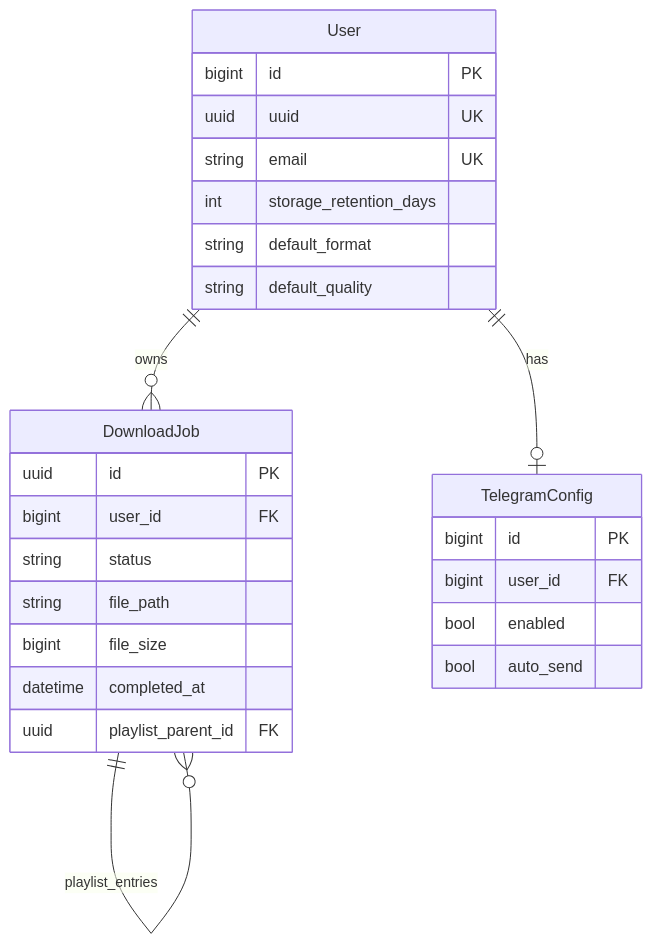
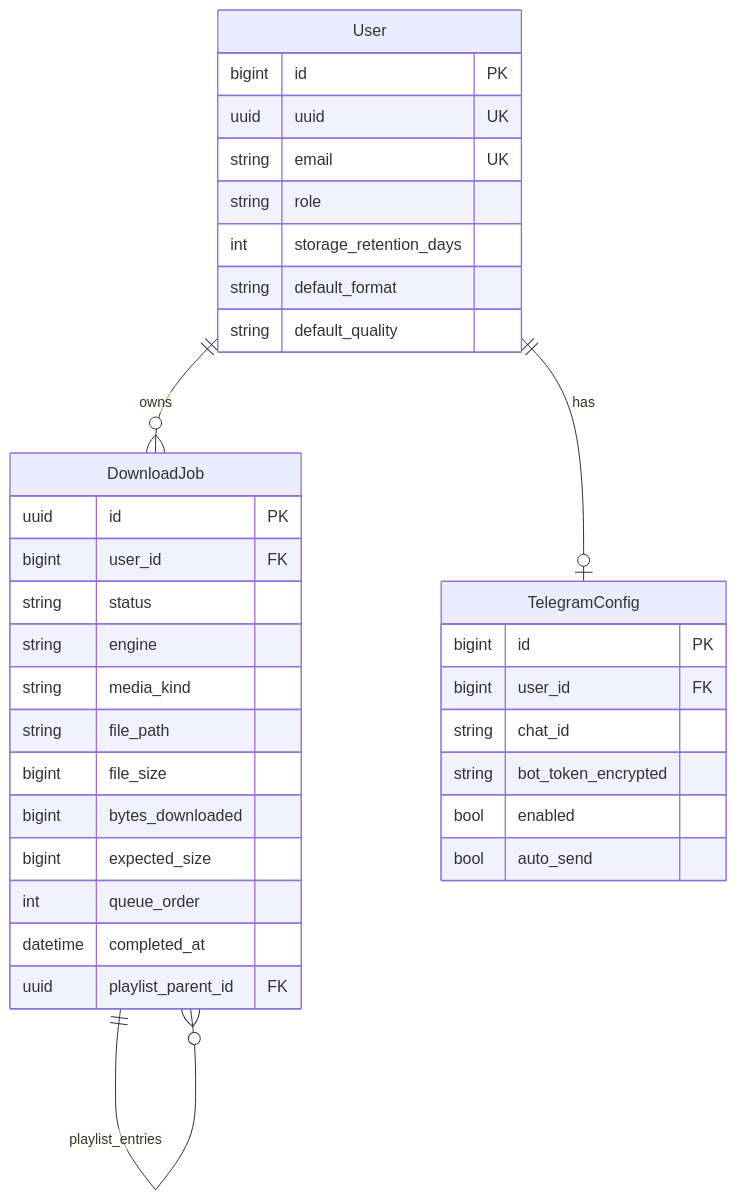
Before and after one commit to iSemary/aio-downloader: the diagram in docs/erd/README.md, drawn with Mermaid. The commit also changed other lines of this file and 69 other files, not shown here.

````diff
--- a/docs/erd/README.md
+++ b/docs/erd/README.md
@@ -5,32 +5,40 @@
 ```mermaid
 erDiagram
   User ||--o{ DownloadJob : owns
   User ||--o| TelegramConfig : has
   DownloadJob ||--o{ DownloadJob : playlist_entries
 
   User {
     bigint id PK
     uuid uuid UK
     string email UK
+    string role
     int storage_retention_days
     string default_format
     string default_quality
   }
 
   DownloadJob {
     uuid id PK
     bigint user_id FK
     string status
+    string engine
+    string media_kind
     string file_path
     bigint file_size
+    bigint bytes_downloaded
+    bigint expected_size
+    int queue_order
     datetime completed_at
     uuid playlist_parent_id FK
   }
 
   TelegramConfig {
     bigint id PK
     bigint user_id FK
+    string chat_id
+    string bot_token_encrypted  
     bool enabled
     bool auto_send
   }
 ```
````
